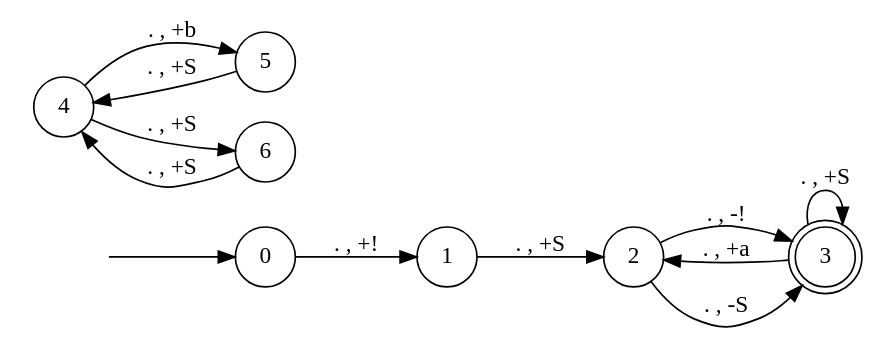
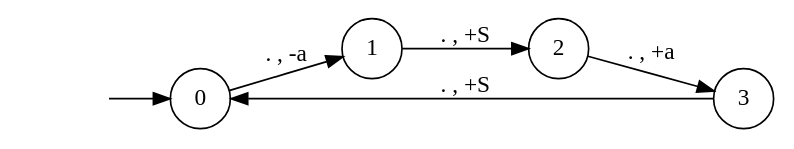
One commit to tsubaric/ToC changed the diagram in test_1.gv. Above: the diagram before and after it, drawn with Graphviz. The commit also changed 3 other files, not shown here.

```diff
--- a/test_1.gv
+++ b/test_1.gv
@@ -1,18 +1,11 @@
 digraph pda {
 rankdir = LR;
 hidden [shape = plaintext, label = ""];
 node [shape = doublecircle];
-3;
 node [shape = circle];
 hidden -> 0;
-0 -> 1 [label = ". , +!"];
+0 -> 1 [label = ". , -a"];
 1 -> 2 [label = ". , +S"];
-2 -> 3 [label = ". , -!"];
-2 -> 3 [label = ". , -S"];
-3 -> 2 [label = ". , +a"];
-3 -> 3 [label = ". , +S"];
-4 -> 5 [label = ". , +b"];
-4 -> 6 [label = ". , +S"];
-5 -> 4 [label = ". , +S"];
-6 -> 4 [label = ". , +S"];
+2 -> 3 [label = ". , +a"];
+3 -> 0 [label = ". , +S"];
 }
```
